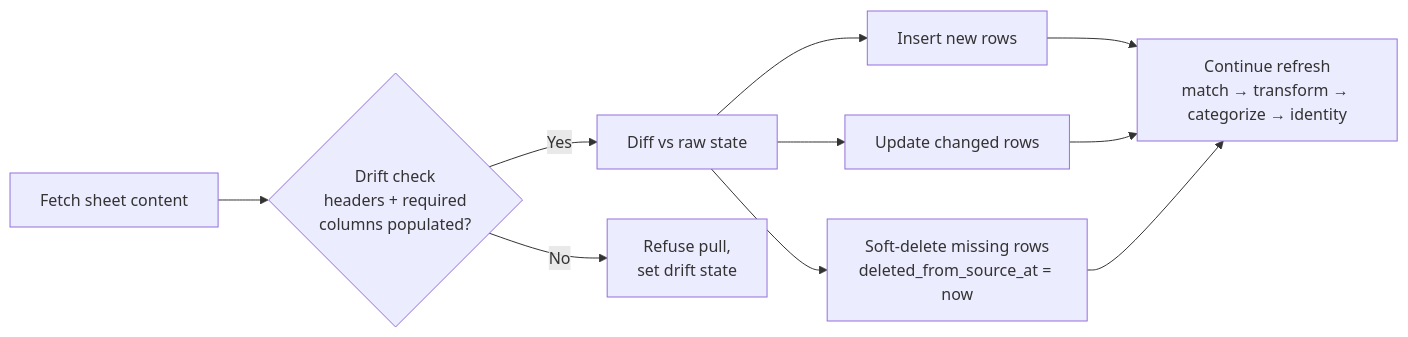
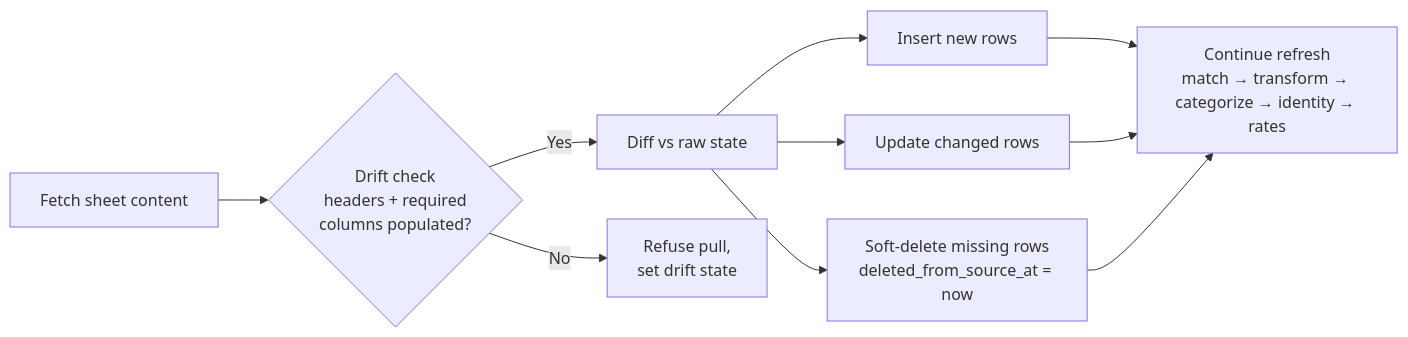
One commit to bsaffel/moneybin changed the diagram in docs/guides/connect-gsheet.md. Above: the diagram before and after it, drawn with Mermaid. The commit also changed other lines of this file and 42 other files, not shown here.

````diff
--- a/docs/guides/connect-gsheet.md
+++ b/docs/guides/connect-gsheet.md
@@ -151,12 +151,12 @@
 ```mermaid
 flowchart LR
     A[Fetch sheet content] --> B{Drift check<br/>headers + required<br/>columns populated?}
     B -->|Yes| C[Diff vs raw state]
     B -->|No| Z[Refuse pull,<br/>set drift state]
     C --> D[Insert new rows]
     C --> E[Update changed rows]
     C --> F[Soft-delete missing rows<br/>deleted_from_source_at = now]
-    D --> G[Continue refresh<br/>match → transform → categorize → identity]
+    D --> G[Continue refresh<br/>match → transform → categorize → identity → rates]
     E --> G
     F --> G
 ```
````
